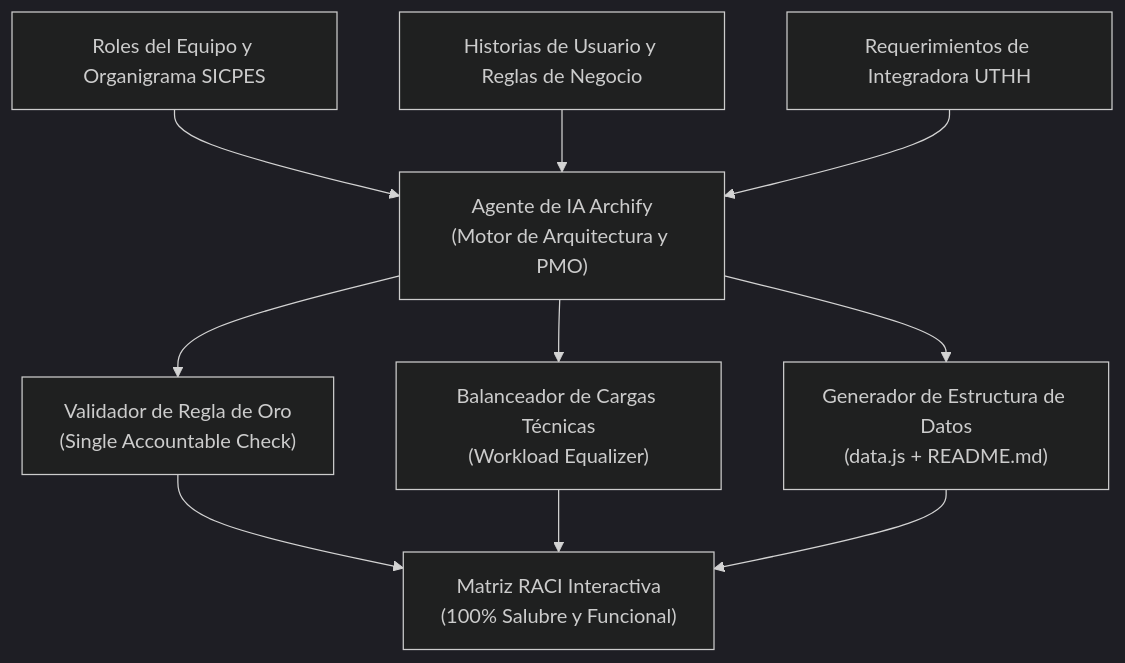
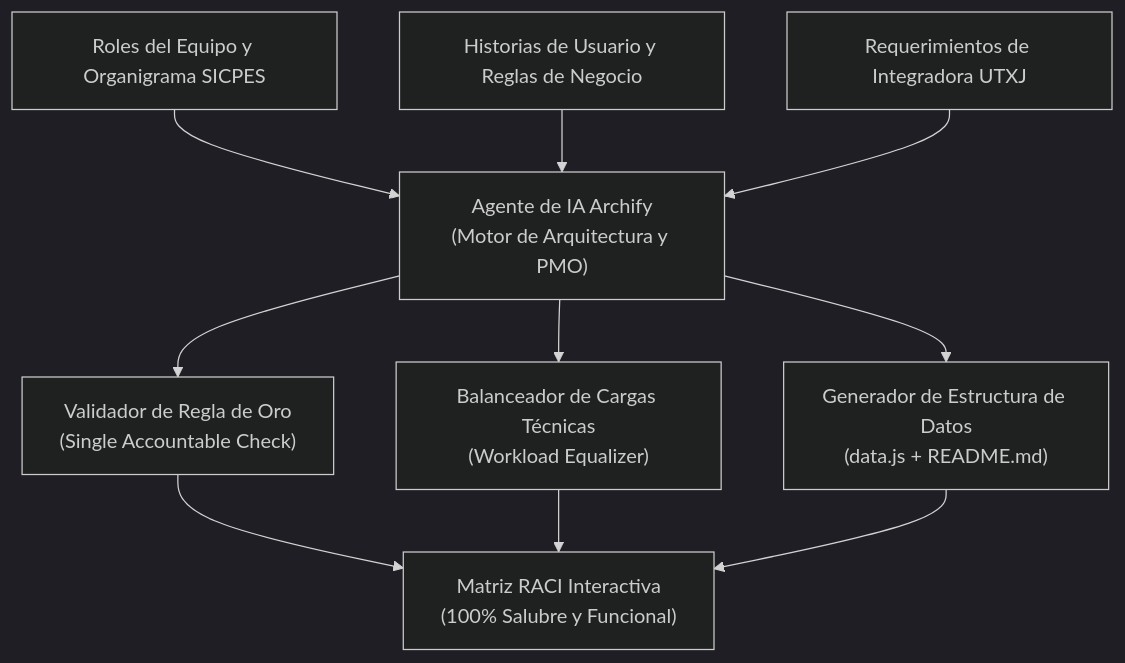
One commit to JFFA25/SICPES_INTEGRADORA changed the second of 2 diagrams in MatrizRACI/README.md. Above: the diagram before and after it, drawn with Mermaid (dark theme). The commit also changed other lines of this file and 9 other files, not shown here.

````diff
--- a/MatrizRACI/README.md
+++ b/MatrizRACI/README.md
@@ -204,14 +204,14 @@
 ```mermaid
 flowchart TD
   In1["Roles del Equipo y Organigrama SICPES"] --> Archify["Agente de IA Archify<br/>(Motor de Arquitectura y PMO)"]
   In2["Historias de Usuario y Reglas de Negocio"] --> Archify
-  In3["Requerimientos de Integradora UTHH"] --> Archify
+  In3["Requerimientos de Integradora UTXJ"] --> Archify
   
   Archify --> Engine1["Validador de Regla de Oro<br/>(Single Accountable Check)"]
   Archify --> Engine2["Balanceador de Cargas Técnicas<br/>(Workload Equalizer)"]
   Archify --> Engine3["Generador de Estructura de Datos<br/>(data.js + README.md)"]
   
   Engine1 --> Out["Matriz RACI Interactiva<br/>(100% Salubre y Funcional)"]
   Engine2 --> Out
   Engine3 --> Out
 ```
````
